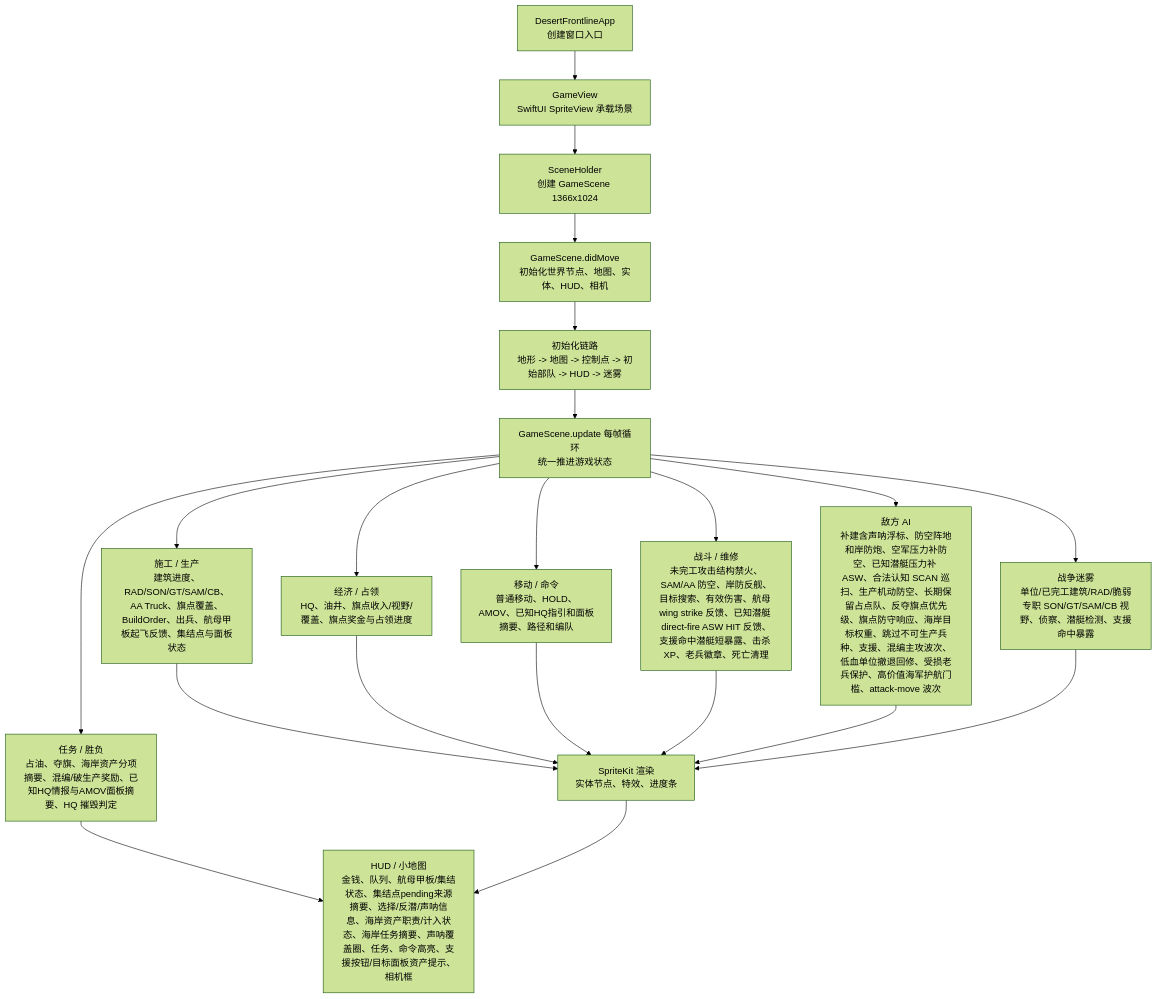
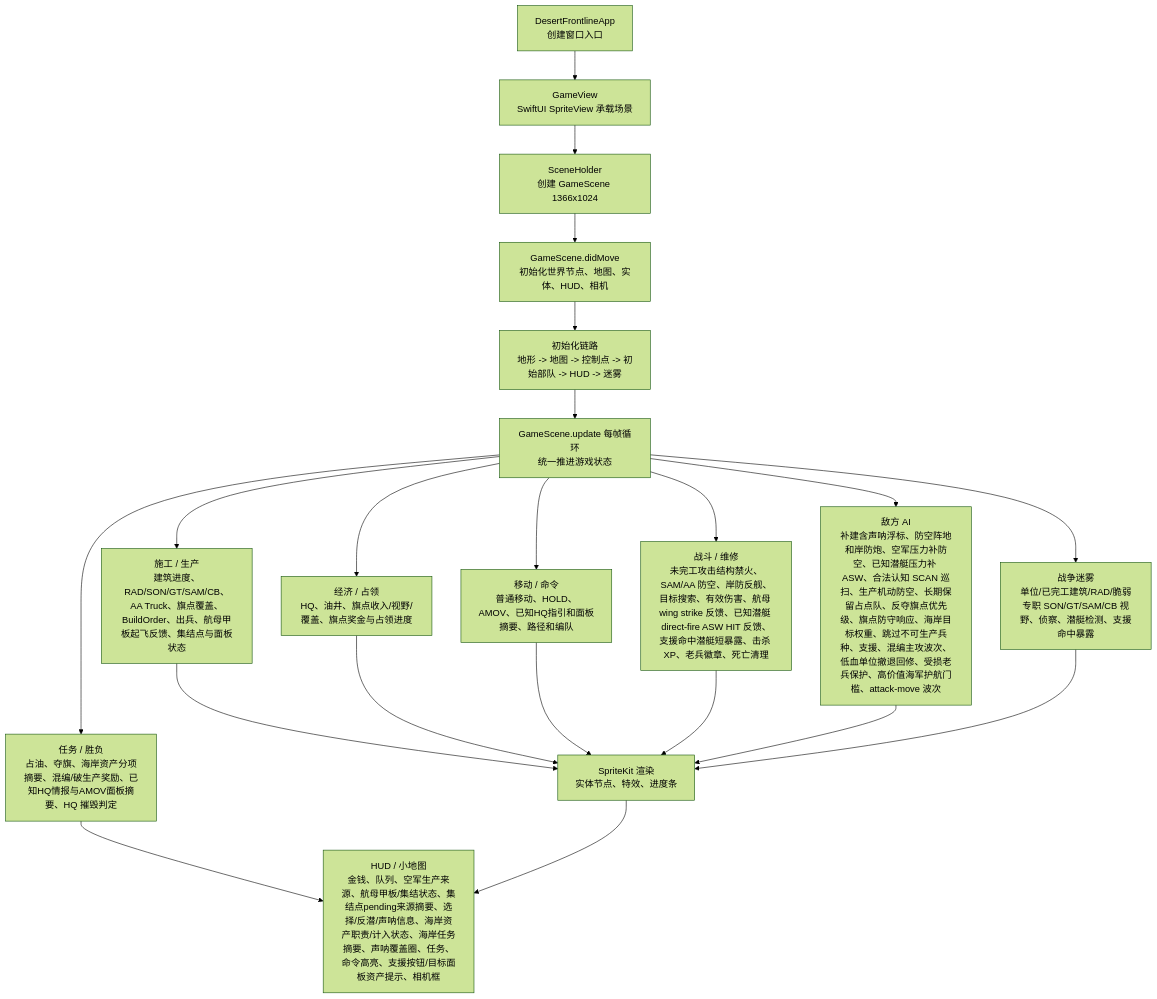
The first of 3 diagrams in md/flow/flowchart.md (Altman-sam114/1145), drawn with Mermaid (forest theme) before and after one commit. The commit also changed 4 other files, not shown here.

````diff
--- a/md/flow/flowchart.md
+++ b/md/flow/flowchart.md
@@ -9,23 +9,23 @@
 ```mermaid
 flowchart TD
   App["DesertFrontlineApp\n创建窗口入口"] --> View["GameView\nSwiftUI SpriteView 承载场景"]
   View --> Holder["SceneHolder\n创建 GameScene 1366x1024"]
   Holder --> Scene["GameScene.didMove\n初始化世界节点、地图、实体、HUD、相机"]
   Scene --> Init["初始化链路\n地形 -> 地图 -> 控制点 -> 初始部队 -> HUD -> 迷雾"]
   Init --> Loop["GameScene.update 每帧循环\n统一推进游戏状态"]
   Loop --> Build["施工 / 生产\n建筑进度、RAD/SON/GT/SAM/CB、AA Truck、旗点覆盖、BuildOrder、出兵、航母甲板起飞反馈、集结点与面板状态"]
   Loop --> Economy["经济 / 占领\nHQ、油井、旗点收入/视野/覆盖、旗点奖金与占领进度"]
   Loop --> Commands["移动 / 命令\n普通移动、HOLD、AMOV、已知HQ指引和面板摘要、路径和编队"]
   Loop --> Combat["战斗 / 维修\n未完工攻击结构禁火、SAM/AA 防空、岸防反舰、目标搜索、有效伤害、航母 wing strike 反馈、已知潜艇 direct-fire ASW HIT 反馈、支援命中潜艇短暴露、击杀 XP、老兵徽章、死亡清理"]
   Loop --> AI["敌方 AI\n补建含声呐浮标、防空阵地和岸防炮、空军压力补防空、已知潜艇压力补 ASW、合法认知 SCAN 巡扫、生产机动防空、长期保留占点队、反夺旗点优先级、旗点防守响应、海岸目标权重、跳过不可生产兵种、支援、混编主攻波次、低血单位撤退回修、受损老兵保护、高价值海军护航门槛、attack-move 波次"]
   Loop --> Fog["战争迷雾\n单位/已完工建筑/RAD/脆弱专职 SON/GT/SAM/CB 视野、侦察、潜艇检测、支援命中暴露"]
   Loop --> Mission["任务 / 胜负\n占油、夺旗、海岸资产分项摘要、混编/破生产奖励、已知HQ情报与AMOV面板摘要、HQ 摧毁判定"]
   Build --> Render["SpriteKit 渲染\n实体节点、特效、进度条"]
   Economy --> Render
   Commands --> Render
   Combat --> Render
   AI --> Render
   Fog --> Render
-  Mission --> HUD["HUD / 小地图\n金钱、队列、航母甲板/集结状态、集结点pending来源摘要、选择/反潜/声呐信息、海岸资产职责/计入状态、海岸任务摘要、声呐覆盖圈、任务、命令高亮、支援按钮/目标面板资产提示、相机框"]
+  Mission --> HUD["HUD / 小地图\n金钱、队列、空军生产来源、航母甲板/集结状态、集结点pending来源摘要、选择/反潜/声呐信息、海岸资产职责/计入状态、海岸任务摘要、声呐覆盖圈、任务、命令高亮、支援按钮/目标面板资产提示、相机框"]
   Render --> HUD
 ```
````
